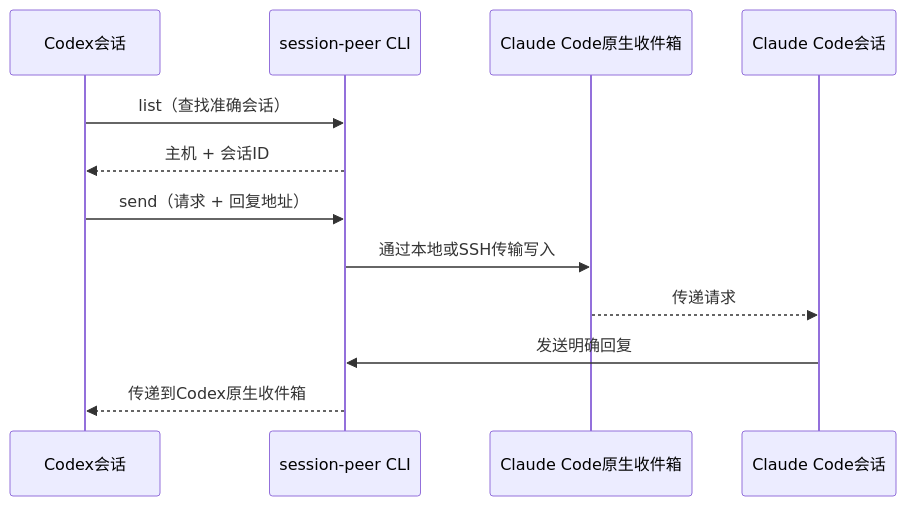
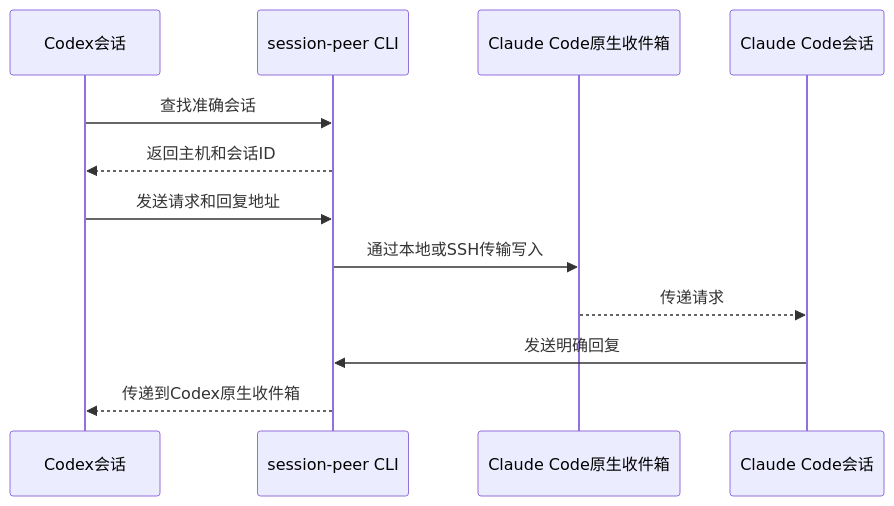
Before and after one commit to abruption/session-peer: the diagram in README.zh-CN.md, drawn with Mermaid. The commit also changed 4 other files, not shown here.

Commit message:
docs: fix Mermaid rendering on GitHub

````diff
--- a/README.zh-CN.md
+++ b/README.zh-CN.md
@@ -27,14 +27,14 @@
 ```mermaid
 sequenceDiagram
     participant C as Codex会话
     participant P as session-peer CLI
     participant I as Claude Code原生收件箱
     participant H as Claude Code会话
-    C->>P: list（查找准确会话）
-    P-->>C: 主机 + 会话ID
-    C->>P: send（请求 + 回复地址）
+    C->>P: 查找准确会话
+    P-->>C: 返回主机和会话ID
+    C->>P: 发送请求和回复地址
     P->>I: 通过本地或SSH传输写入
     I-->>H: 传递请求
     H->>P: 发送明确回复
     P-->>C: 传递到Codex原生收件箱
 ```
````
